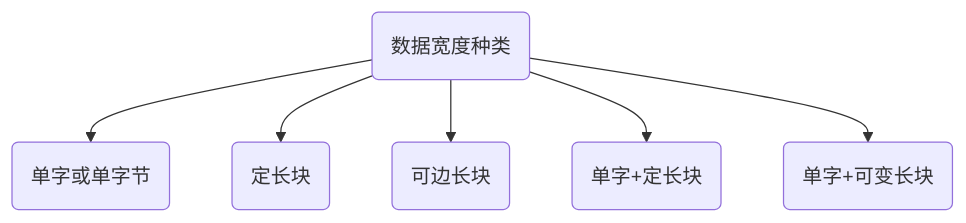
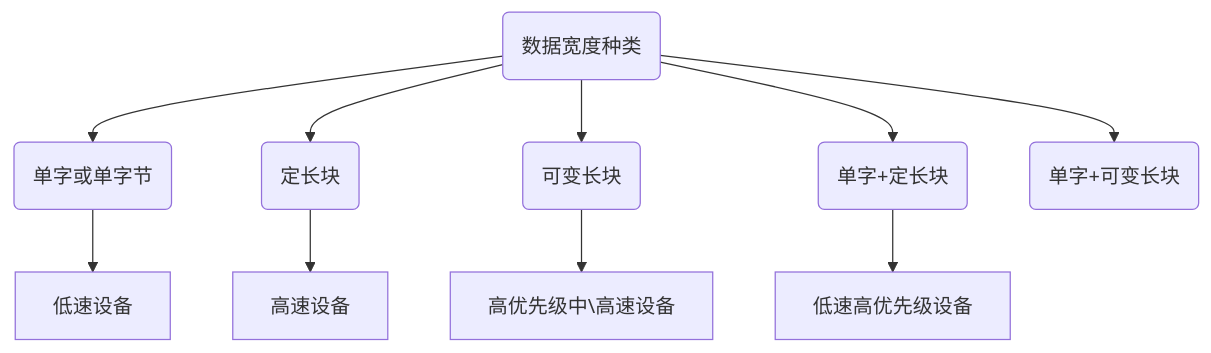
Before and after one commit to DreamsRj/computerTechNotes: the first of 3 diagrams in 计算机系统结构/3.存储、中段、总线与IO系统.md, drawn with Mermaid. The commit also changed other lines of this file and 39 other files, not shown here.

````diff
--- a/计算机系统结构/3.存储、中段、总线与IO系统.md
+++ b/计算机系统结构/3.存储、中段、总线与IO系统.md
@@ -799,8 +799,8 @@
 ```mermaid
 flowchart TB
-A(数据宽度种类) --> B(单字或单字节)
-A --> C(定长块)
-A --> D(可边长块)
-A --> E(单字+定长块)
-A --> F(单字+可变长块)
+A(数据宽度种类) --> B(单字或单字节)  --> 低速设备
+A --> C(定长块) --> 高速设备
+A --> D(可变长块) --> 高优先级中\高速设备
+A --> E(单字+定长块) --> 低速高优先级设备
+A --> F(单字+可变长块) 
 ```
````
